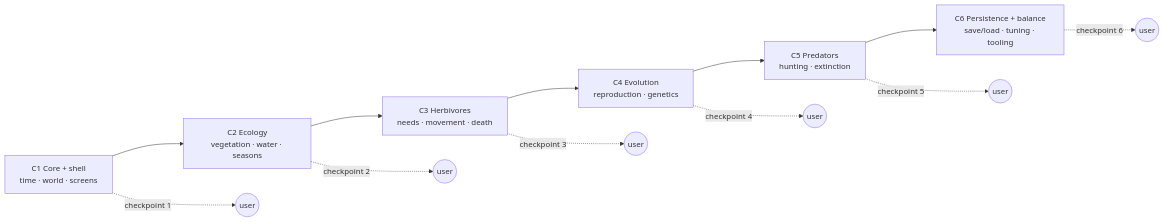
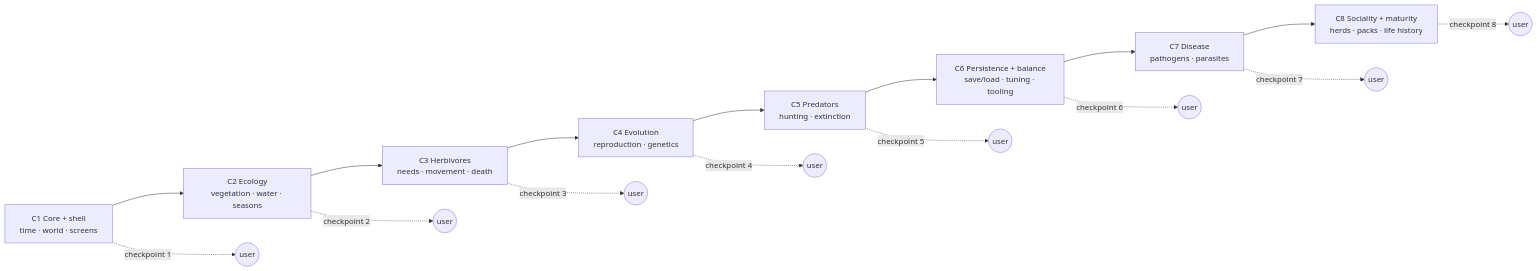
One commit to sbayer55/sim-fortress changed the first of 2 diagrams in docs/chunks/README.md. Above: the diagram before and after it, drawn with Mermaid. The commit also changed other lines of this file and 5 other files, not shown here.

````diff
--- a/docs/chunks/README.md
+++ b/docs/chunks/README.md
@@ -23,14 +24,18 @@
 ```mermaid
 flowchart LR
     C1["C1 Core + shell<br/>time · world · screens"] --> C2["C2 Ecology<br/>vegetation · water · seasons"]
     C2 --> C3["C3 Herbivores<br/>needs · movement · death"]
     C3 --> C4["C4 Evolution<br/>reproduction · genetics"]
     C4 --> C5["C5 Predators<br/>hunting · extinction"]
     C5 --> C6["C6 Persistence + balance<br/>save/load · tuning · tooling"]
+    C6 --> C7["C7 Disease<br/>pathogens · parasites"]
+    C7 --> C8["C8 Sociality + maturity<br/>herds · packs · life history"]
     C1 -. "checkpoint 1" .-> U1((user))
     C2 -. "checkpoint 2" .-> U2((user))
     C3 -. "checkpoint 3" .-> U3((user))
     C4 -. "checkpoint 4" .-> U4((user))
     C5 -. "checkpoint 5" .-> U5((user))
     C6 -. "checkpoint 6" .-> U6((user))
+    C7 -. "checkpoint 7" .-> U7((user))
+    C8 -. "checkpoint 8" .-> U8((user))
 ```
````
